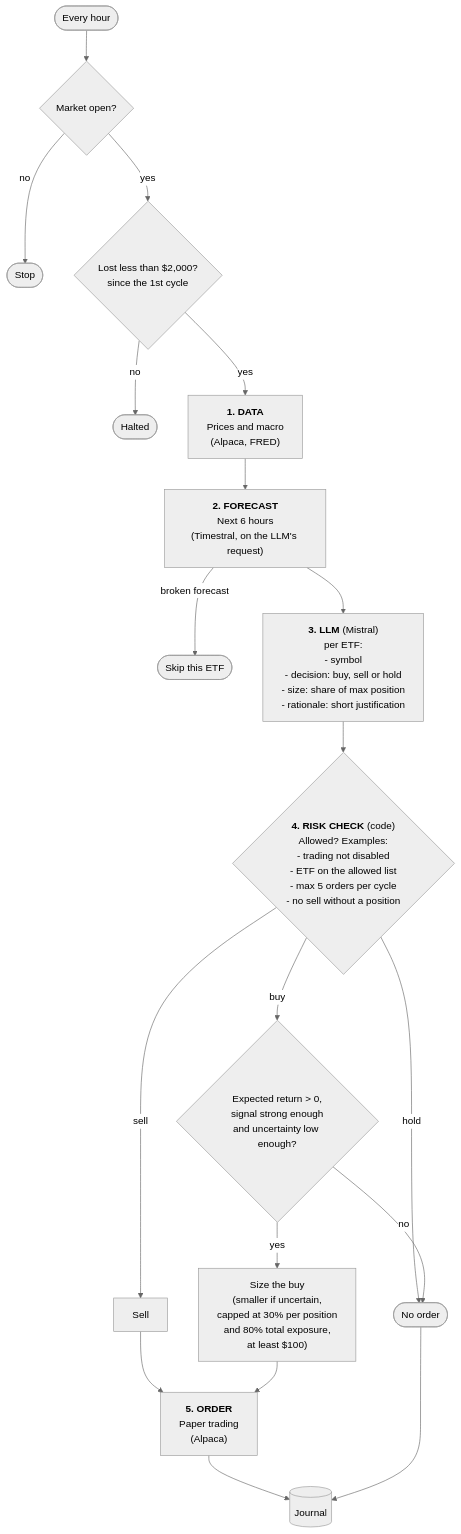
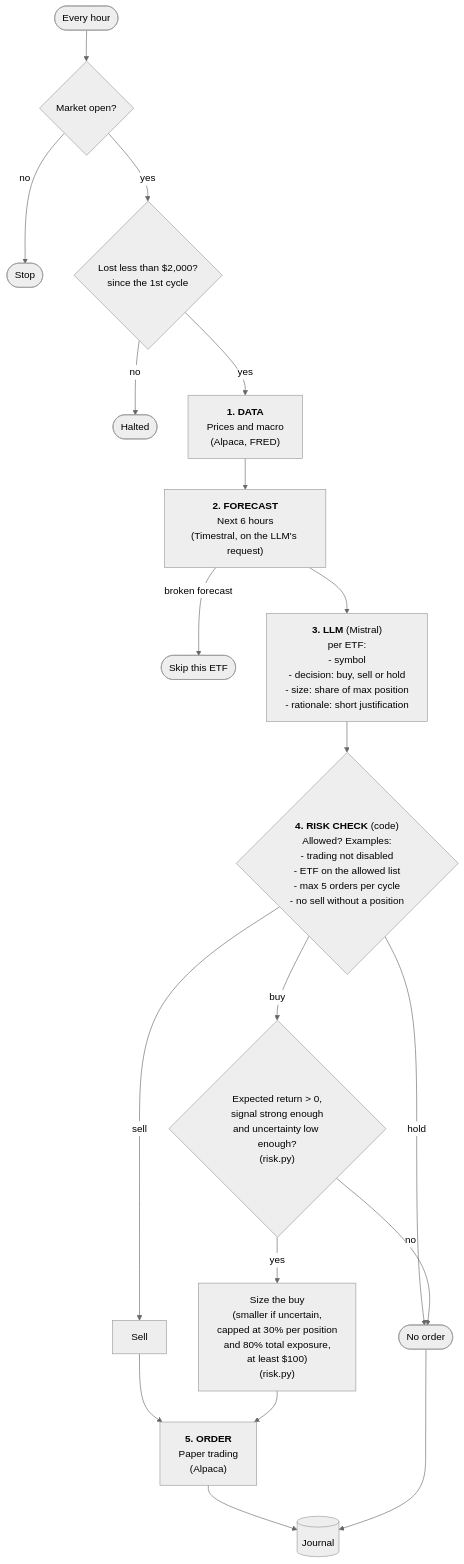
One commit to capucine-masson/paper-trading changed the diagram in README.md. Above: the diagram before and after it, drawn with Mermaid (neutral theme). The commit also changed other lines of this file and 3 other files, not shown here.

````diff
--- a/README.md
+++ b/README.md
@@ -45,21 +45,21 @@
 ```mermaid
 flowchart TD
     S([Every hour]) --> C{Market open?}
     C -- no --> X([Stop])
     C -- yes --> H{Lost less than $2,000?<br/>since the 1st cycle}
     H -- no --> HX([Halted])
     H -- yes --> D["<b>1. DATA</b><br/>Prices and macro<br/>(Alpaca, FRED)"]
     D --> T["<b>2. FORECAST</b><br/>Next 6 hours<br/>(Timestral, on the LLM's request)"]
     T -->|broken forecast| N([Skip this ETF])
     T --> L["<b>3. LLM</b> (Mistral)<br/>per ETF:<br/>- symbol<br/>- decision: buy, sell or hold<br/>- size: share of max position<br/>- rationale: short justification"]
     L --> R{"<b>4. RISK CHECK</b> (code)<br/>Allowed? Examples:<br/>- trading not disabled<br/>- ETF on the allowed list<br/>- max 5 orders per cycle<br/>- no sell without a position"}
     R -->|hold| V([No order])
     R -->|sell| SO[Sell]
-    R -->|buy| G{Expected return > 0,<br/>signal strong enough<br/>and uncertainty low enough?}
+    R -->|buy| G{"Expected return > 0,<br/>signal strong enough<br/>and uncertainty low enough?<br/>(risk.py)"}
     G -- no --> V
-    G -- yes --> Z["Size the buy<br/>(smaller if uncertain,<br/>capped at 30% per position<br/>and 80% total exposure,<br/>at least $100)"]
+    G -- yes --> Z["Size the buy<br/>(smaller if uncertain,<br/>capped at 30% per position<br/>and 80% total exposure,<br/>at least $100)<br/>(risk.py)"]
     SO --> O
     Z --> O["<b>5. ORDER</b><br/>Paper trading<br/>(Alpaca)"]
     O --> J[(Journal)]
     V --> J
 ```
````
